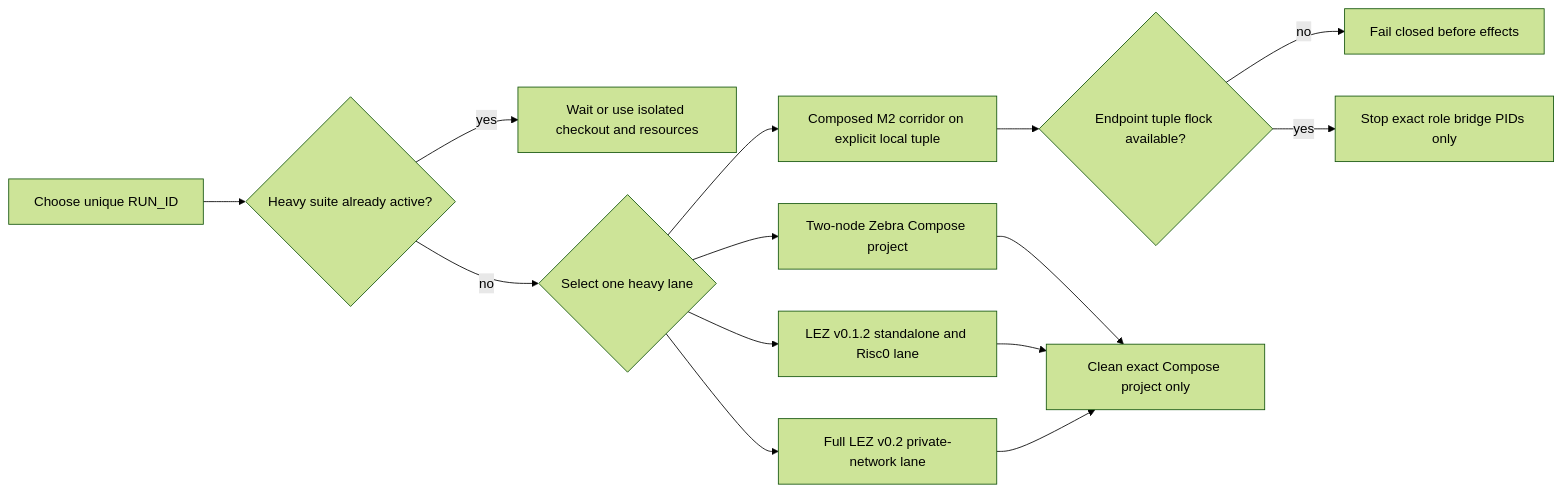
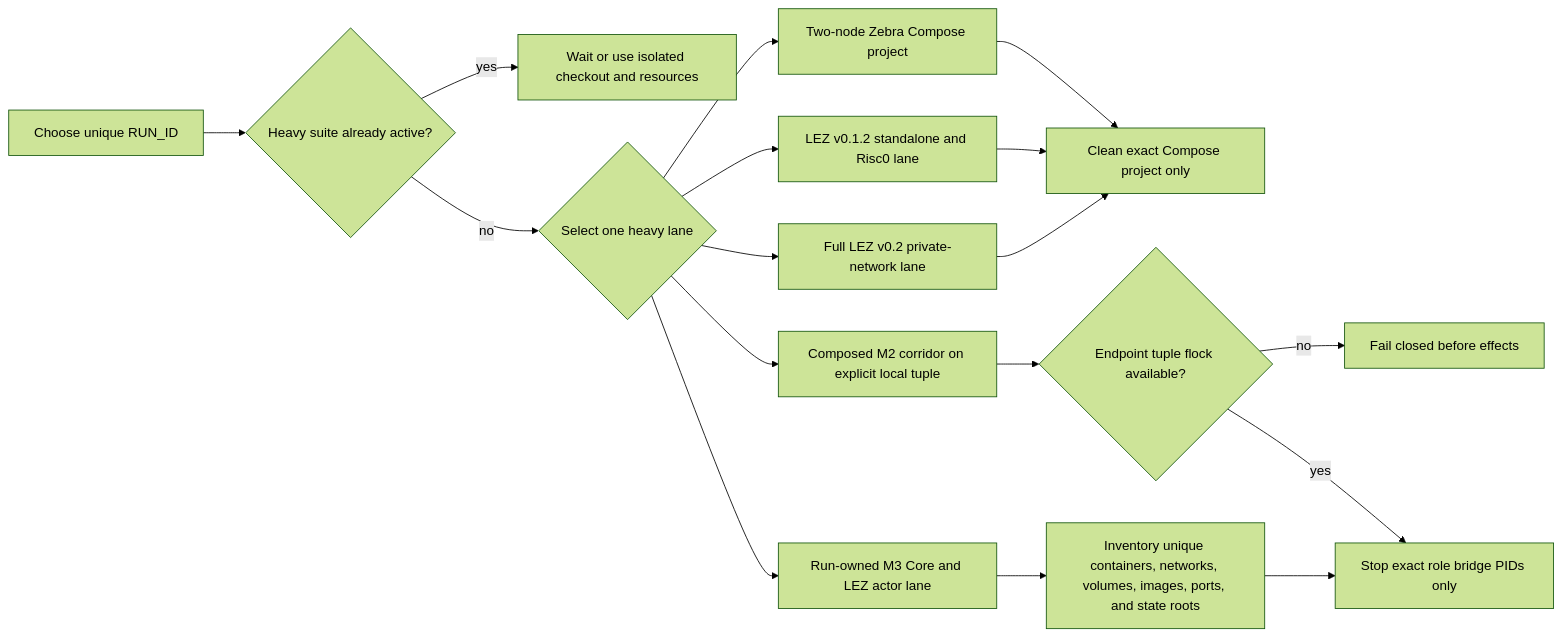
The sixth of 6 diagrams in docs/architecture/deployment-components-and-rpcs.md (gateway-fm/lez-atomic-swaps), drawn with Mermaid (forest theme) before and after one commit. The commit also changed other lines of this file and 14 other files, not shown here.

````diff
--- a/docs/architecture/deployment-components-and-rpcs.md
+++ b/docs/architecture/deployment-components-and-rpcs.md
@@ -564,16 +659,19 @@
 ```mermaid
 flowchart LR
     Start["Choose unique RUN_ID"] --> Check{"Heavy suite already active?"}
     Check -->|"yes"| Wait["Wait or use isolated checkout and resources"]
     Check -->|"no"| Choose{"Select one heavy lane"}
     Choose --> Zebra["Two-node Zebra Compose project"]
     Choose --> Lez["LEZ v0.1.2 standalone and Risc0 lane"]
     Choose --> LezV02["Full LEZ v0.2 private-network lane"]
     Choose --> Corridor["Composed M2 corridor on explicit local tuple"]
+    Choose --> M3Actor["Run-owned M3 Core and LEZ actor lane"]
+    M3Actor --> Ownership["Inventory unique containers, networks, volumes, images, ports, and state roots"]
+    Ownership --> RoleCleanup
     Corridor --> Lock{"Endpoint tuple flock available?"}
     Lock -->|"no"| Refuse["Fail closed before effects"]
     Lock -->|"yes"| RoleCleanup["Stop exact role bridge PIDs only"]
     Zebra --> ScopedCleanup["Clean exact Compose project only"]
     Lez --> ScopedCleanup
     LezV02 --> ScopedCleanup
 ```
````
